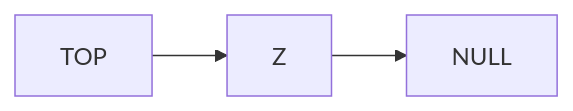
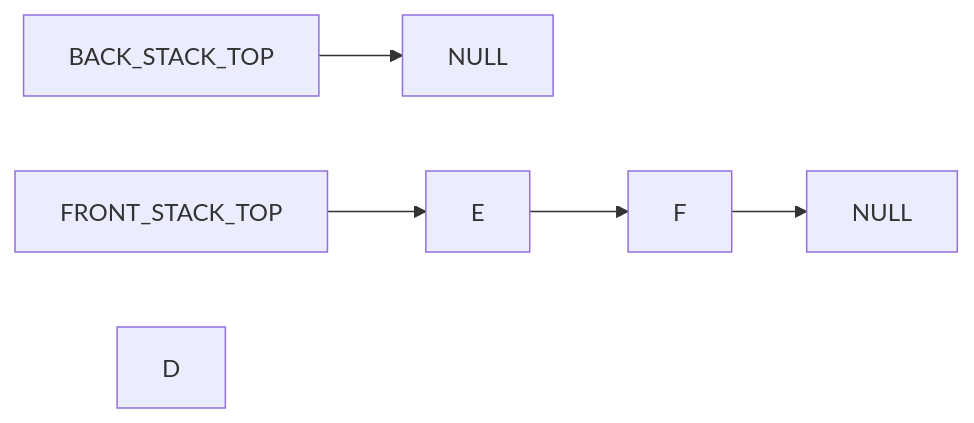
The ninth of 13 diagrams in javascript/code-challenges/stack-queue-pseudo/README.md (rmccrear/data-structures-and-algorithms), drawn with Mermaid before and after one commit. The commit also changed other lines of this file and 1 other file, not shown here.

````diff
--- a/javascript/code-challenges/stack-queue-pseudo/README.md
+++ b/javascript/code-challenges/stack-queue-pseudo/README.md
@@ -42,4 +98,6 @@
 ```mermaid
     graph LR
-    TOP-->Z-->NULL
+    BACK_STACK_TOP --> BTAIL[NULL]
+    FRONT_STACK_TOP --> E --> F --> FTAIL[NULL]
+    D
 ```
````
